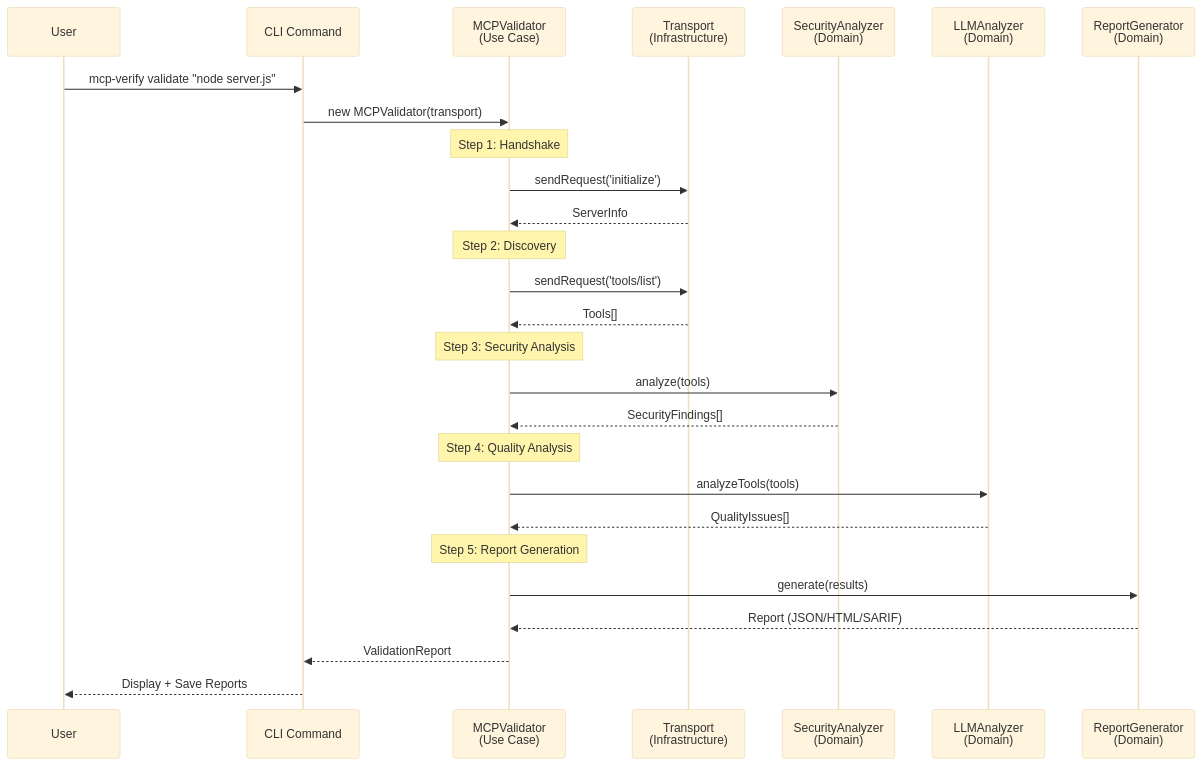
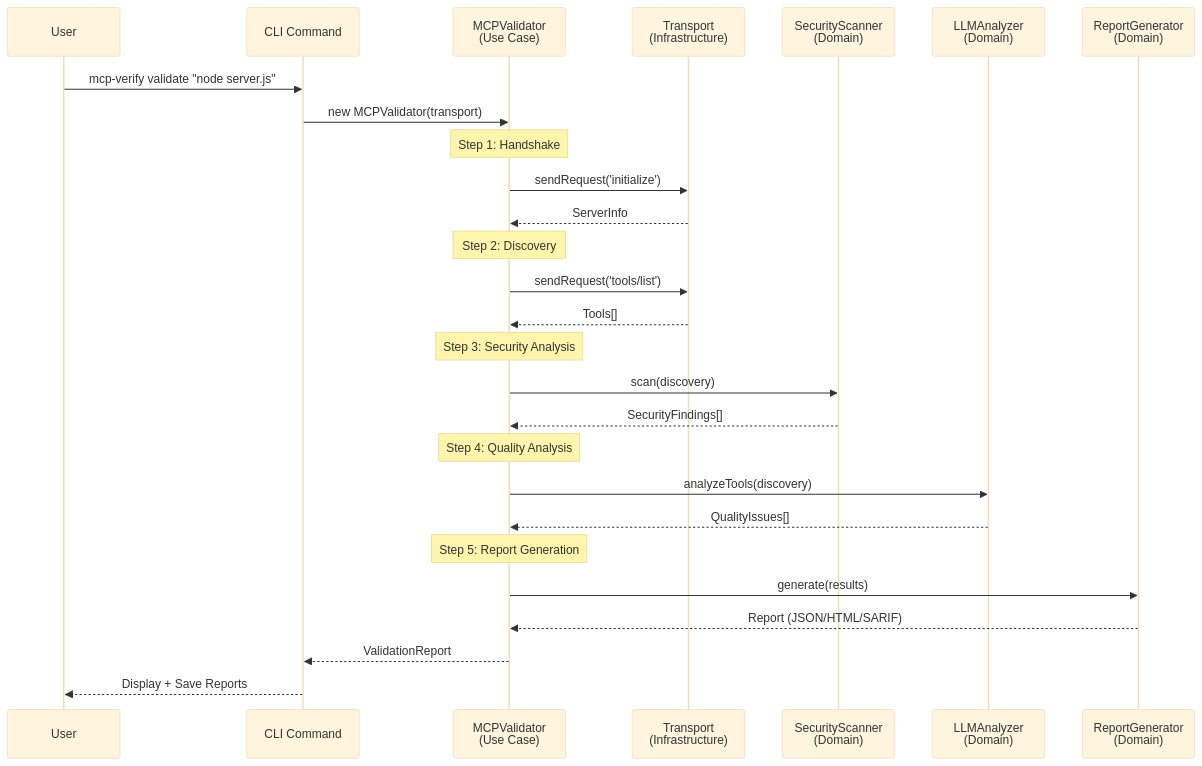
One commit to FinkTech/mcp-verify changed the third of 10 diagrams in ARCHITECTURE.md. Above: the diagram before and after it, drawn with Mermaid (base theme). The commit also changed other lines of this file and 103 other files, not shown here.

````diff
--- a/ARCHITECTURE.md
+++ b/ARCHITECTURE.md
@@ -102,36 +102,36 @@
 ```mermaid
 sequenceDiagram
     participant User
     participant CLI as CLI Command
     participant Validator as MCPValidator<br/>(Use Case)
     participant Transport as Transport<br/>(Infrastructure)
-    participant Security as SecurityAnalyzer<br/>(Domain)
+    participant Security as SecurityScanner<br/>(Domain)
     participant Quality as LLMAnalyzer<br/>(Domain)
     participant Report as ReportGenerator<br/>(Domain)
 
     User->>CLI: mcp-verify validate "node server.js"
     CLI->>Validator: new MCPValidator(transport)
 
     Note over Validator: Step 1: Handshake
     Validator->>Transport: sendRequest('initialize')
     Transport-->>Validator: ServerInfo
 
     Note over Validator: Step 2: Discovery
     Validator->>Transport: sendRequest('tools/list')
     Transport-->>Validator: Tools[]
 
     Note over Validator: Step 3: Security Analysis
-    Validator->>Security: analyze(tools)
+    Validator->>Security: scan(discovery)
     Security-->>Validator: SecurityFindings[]
 
     Note over Validator: Step 4: Quality Analysis
-    Validator->>Quality: analyzeTools(tools)
+    Validator->>Quality: analyzeTools(discovery)
     Quality-->>Validator: QualityIssues[]
 
     Note over Validator: Step 5: Report Generation
     Validator->>Report: generate(results)
     Report-->>Validator: Report (JSON/HTML/SARIF)
 
     Validator-->>CLI: ValidationReport
     CLI-->>User: Display + Save Reports
 ```
````
